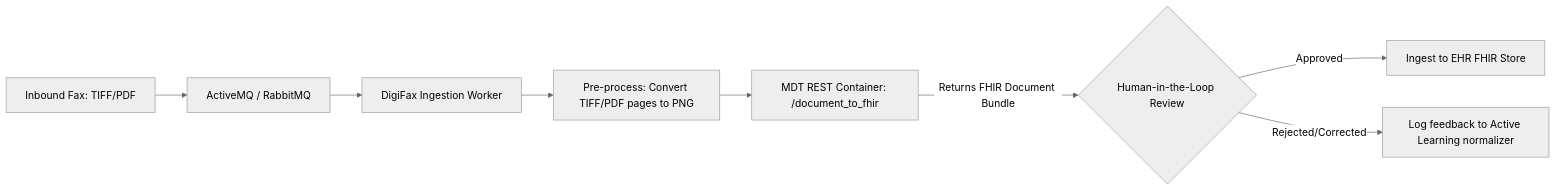
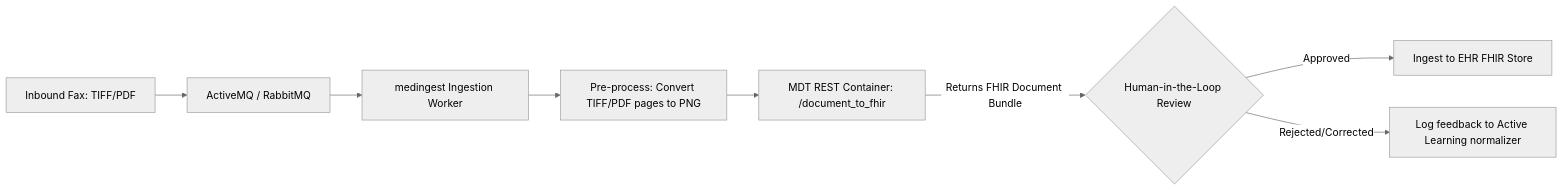
The fifth of 5 diagrams in docs/google-health-toolkit-analysis.md (OpenHealthAgents/DigiFax), drawn with Mermaid (neutral theme) before and after one commit. The commit also changed other lines of this file and 391 other files, not shown here.

````diff
--- a/docs/google-health-toolkit-analysis.md
+++ b/docs/google-health-toolkit-analysis.md
@@ -411,10 +411,10 @@
 ```mermaid
 flowchart LR
     Inbound[Inbound Fax: TIFF/PDF] --> Queue[ActiveMQ / RabbitMQ]
-    Queue --> Worker[DigiFax Ingestion Worker]
+    Queue --> Worker[medingest Ingestion Worker]
     Worker --> PDF_Render[Pre-process: Convert TIFF/PDF pages to PNG]
     PDF_Render --> MDT_Server[MDT REST Container: /document_to_fhir]
     MDT_Server -- Returns FHIR Document Bundle --> Review{Human-in-the-Loop Review}
     Review -- Approved --> EHR[Ingest to EHR FHIR Store]
     Review -- Rejected/Corrected --> Flywheel[Log feedback to Active Learning normalizer]
 ```
````
